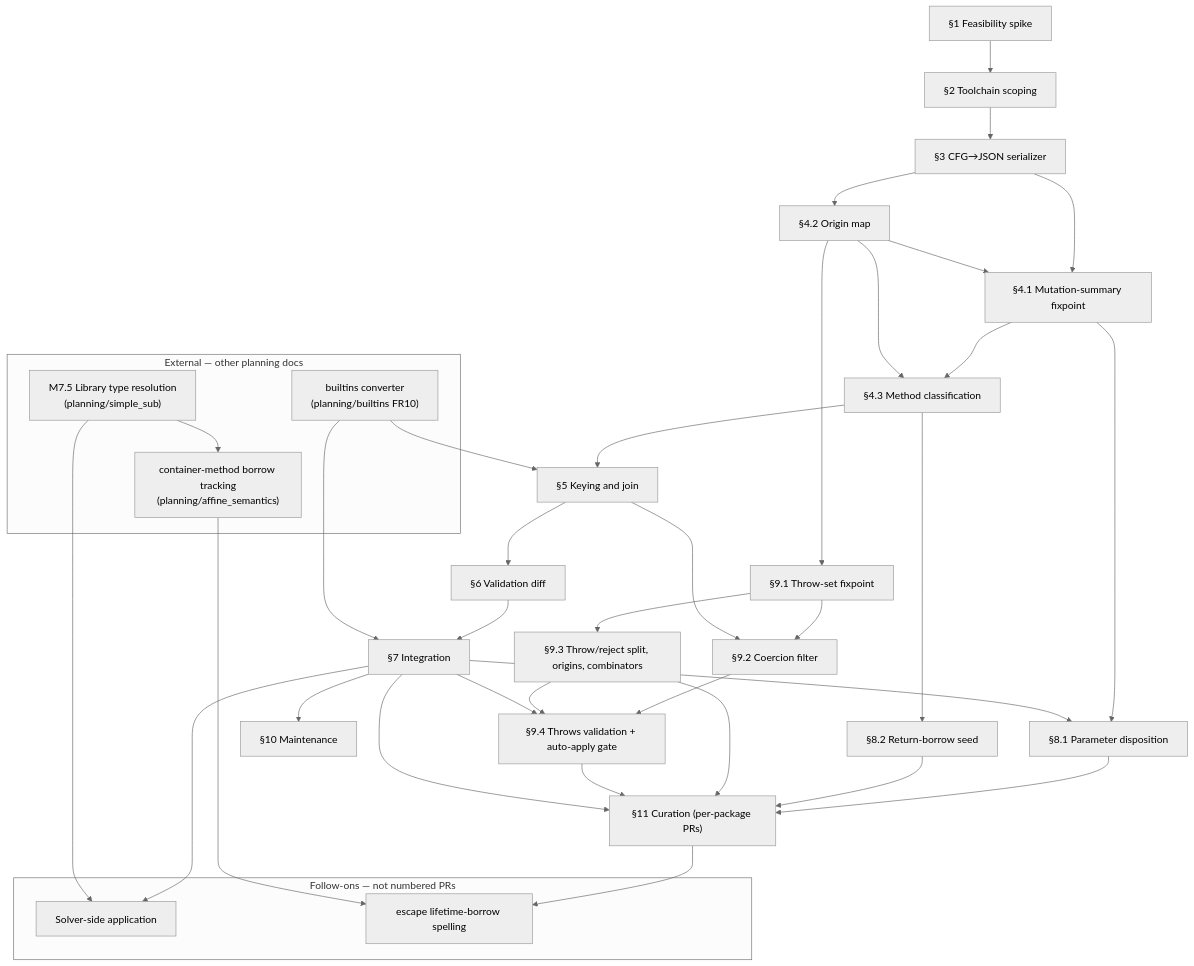
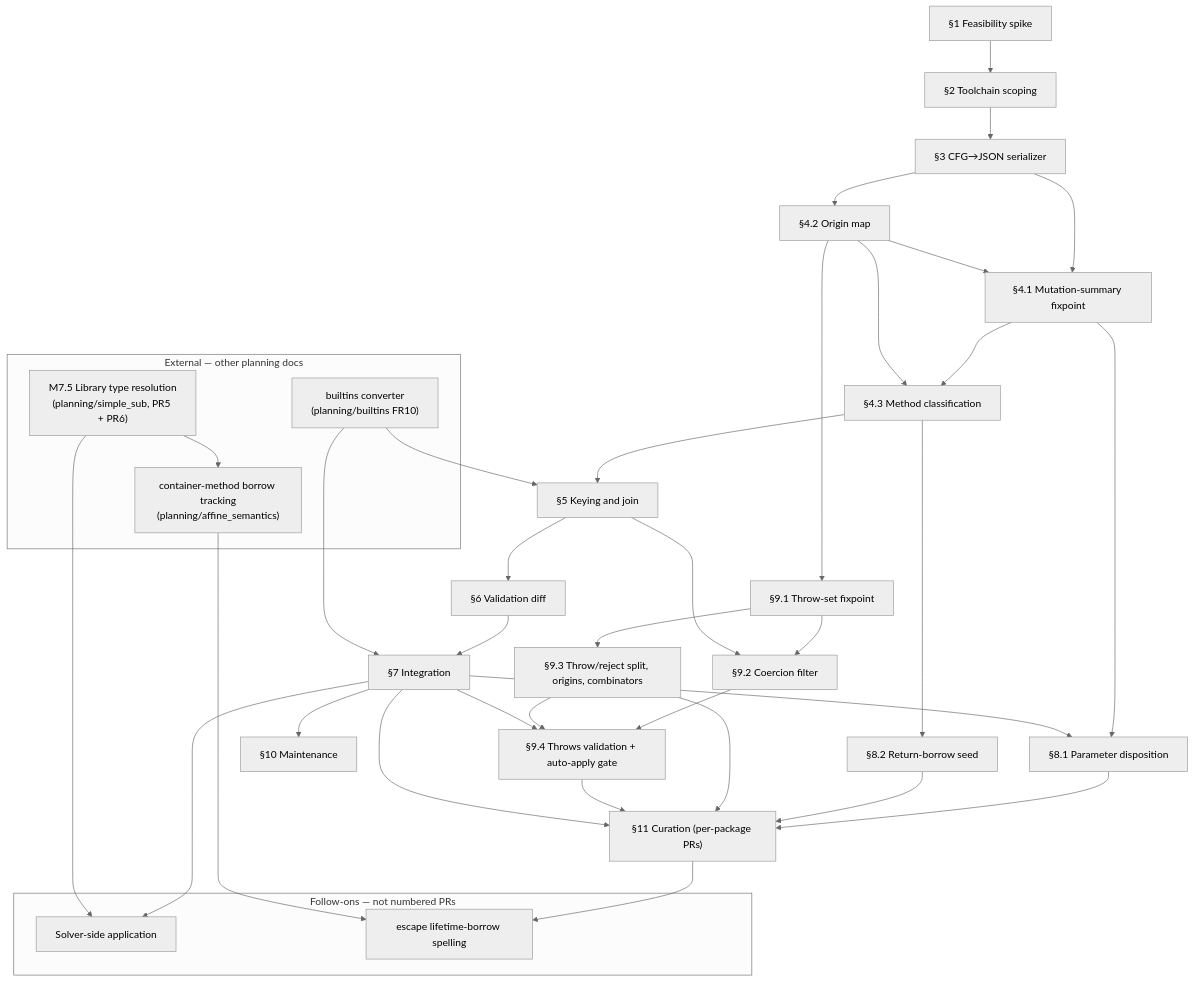
One commit to escalier-lang/escalier changed the diagram in planning/ecma-262/implementation_plan.md. Above: the diagram before and after it, drawn with Mermaid (neutral theme). The commit also changed other lines of this file and 1 other file, not shown here.

First line of the commit message:
Add M7.5 implementation plan for library type resolution (#1213)

````diff
--- a/planning/ecma-262/implementation_plan.md
+++ b/planning/ecma-262/implementation_plan.md
@@ -60,62 +60,62 @@
 ```mermaid
 flowchart TD
     S1["§1 Feasibility spike"]
     S2["§2 Toolchain scoping"]
     S3["§3 CFG→JSON serializer"]
     S42["§4.2 Origin map"]
     S41["§4.1 Mutation-summary fixpoint"]
     S43["§4.3 Method classification"]
     S5["§5 Keying and join"]
     S6["§6 Validation diff"]
     S7["§7 Integration"]
     S81["§8.1 Parameter disposition"]
     S82["§8.2 Return-borrow seed"]
     S91["§9.1 Throw-set fixpoint"]
     S92["§9.2 Coercion filter"]
     S93["§9.3 Throw/reject split, origins, combinators"]
     S94["§9.4 Throws validation + auto-apply gate"]
     S10["§10 Maintenance"]
     S11["§11 Curation (per-package PRs)"]
 
     S1 --> S2 --> S3
     S3 --> S42
     S3 --> S41
     S42 --> S41
     S41 --> S43
     S42 --> S43
     S43 --> S5 --> S6 --> S7
     S41 --> S81
     S7 --> S81
     S43 --> S82
     S42 --> S91
     S91 --> S92
     S5 --> S92
     S91 --> S93
     S92 --> S94
     S93 --> S94
     S7 --> S94
     S7 --> S10
     S81 --> S11
     S82 --> S11
     S93 --> S11
     S94 --> S11
     S7 --> S11
 
     subgraph external["External — other planning docs"]
         EXT_CONV["builtins converter<br/>(planning/builtins FR10)"]
-        EXT_M75["M7.5 Library type resolution<br/>(planning/simple_sub)"]
+        EXT_M75["M7.5 Library type resolution<br/>(planning/simple_sub, PR5 + PR6)"]
         EXT_AFFINE["container-method borrow tracking<br/>(planning/affine_semantics)"]
     end
     subgraph followons["Follow-ons — not numbered PRs"]
         FO_SOLVER["Solver-side application"]
         FO_ESCLB["escape lifetime-borrow spelling"]
     end
 
     EXT_CONV --> S5
     EXT_CONV --> S7
     EXT_M75 --> EXT_AFFINE
     S7 --> FO_SOLVER
     EXT_M75 --> FO_SOLVER
     S11 --> FO_ESCLB
     EXT_AFFINE --> FO_ESCLB
 ```
````
